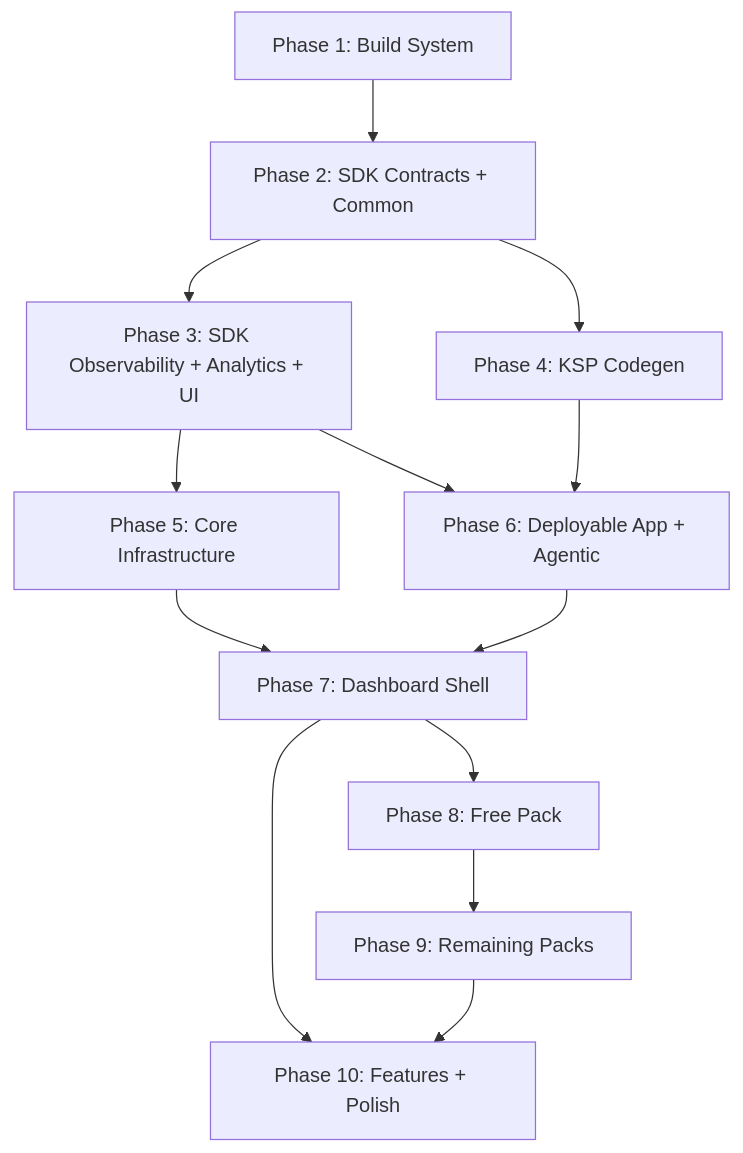
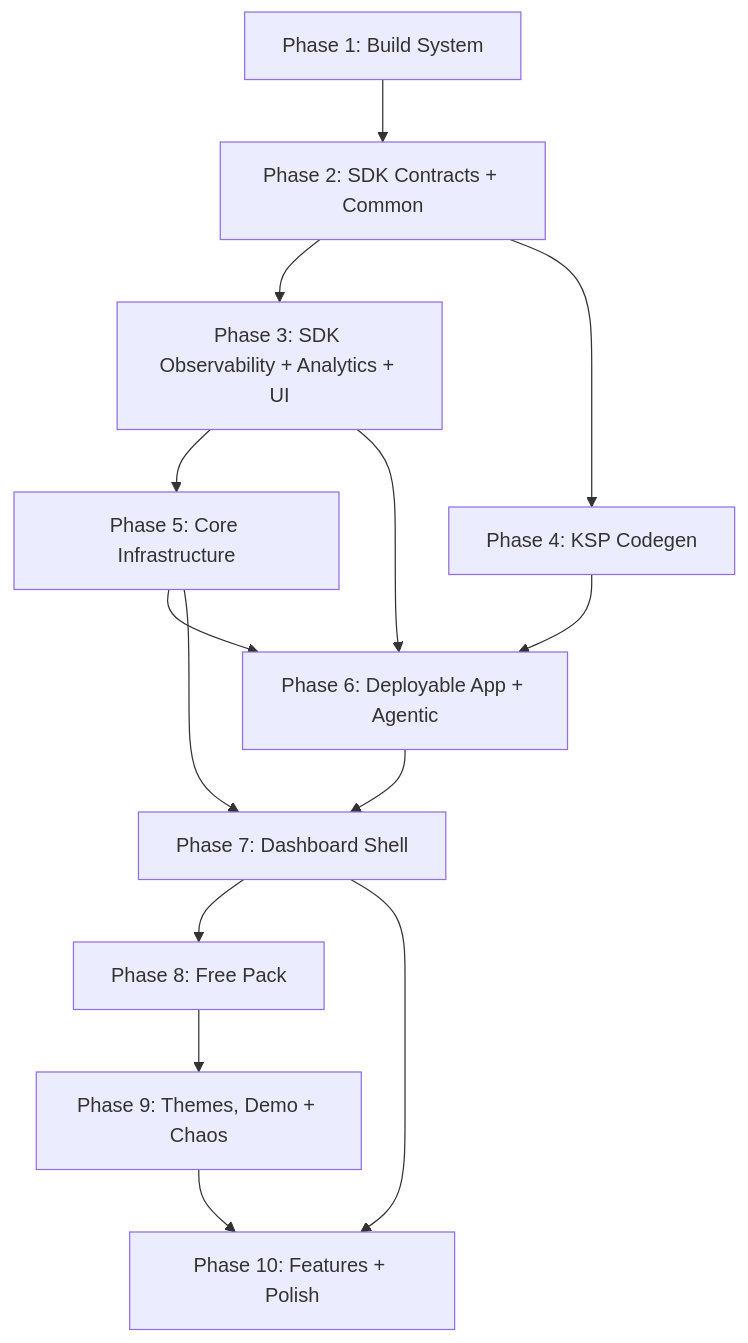
Before and after one commit to ohmgh/dqxn: the diagram in .planning/MIGRATION.md, drawn with Mermaid. The commit also changed other lines of this file and 3 other files, not shown here.

````diff
--- a/.planning/MIGRATION.md
+++ b/.planning/MIGRATION.md
@@ -40,15 +40,16 @@
 ```mermaid
 graph TD
     P1[Phase 1: Build System] --> P2[Phase 2: SDK Contracts + Common]
     P2 --> P3[Phase 3: SDK Observability + Analytics + UI]
     P2 --> P4[Phase 4: KSP Codegen]
     P3 --> P5[Phase 5: Core Infrastructure]
     P3 --> P6[Phase 6: Deployable App + Agentic]
     P4 --> P6
+    P5 --> P6
     P5 --> P7[Phase 7: Dashboard Shell]
     P6 --> P7
     P7 --> P8[Phase 8: Free Pack]
-    P8 --> P9[Phase 9: Remaining Packs]
+    P8 --> P9[Phase 9: Themes, Demo + Chaos]
     P7 --> P10[Phase 10: Features + Polish]
     P9 --> P10
 ```
````
